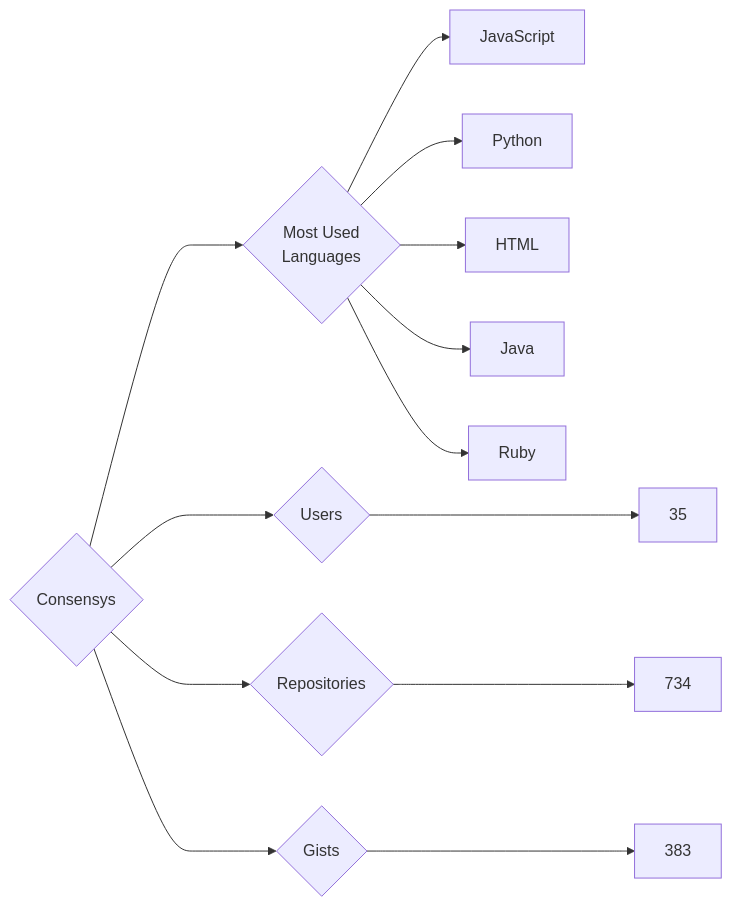
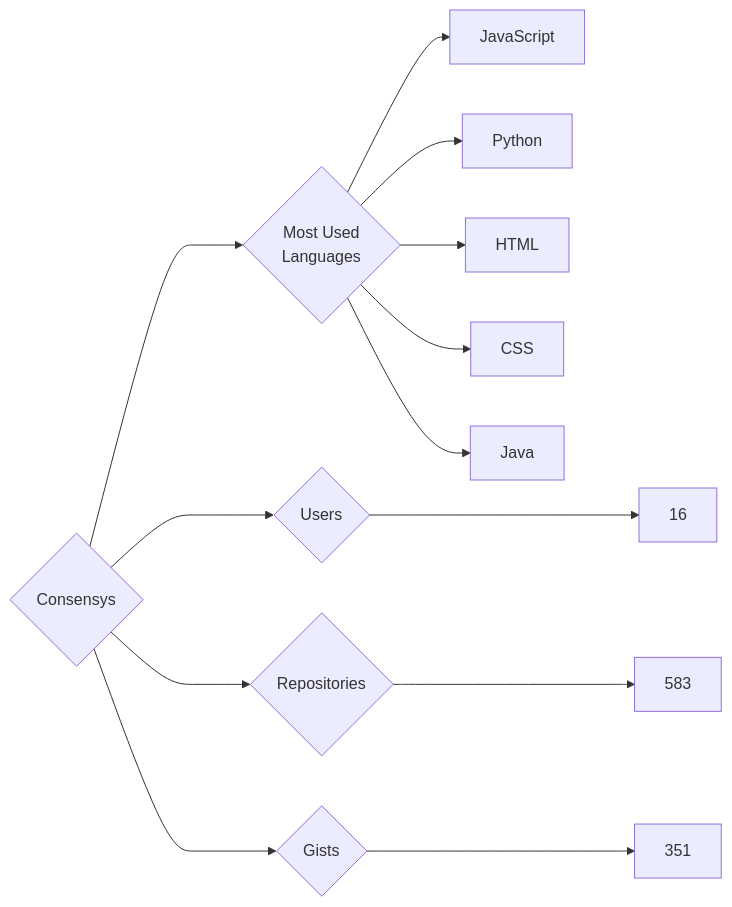
The diagram in targets/Consensys/README.md (trickest/insiders), drawn with Mermaid before and after one commit. The commit also changed 699 other files, not shown here.

````diff
--- a/targets/Consensys/README.md
+++ b/targets/Consensys/README.md
@@ -3,13 +3,13 @@
 ```mermaid
 graph LR
 COMPANY_NAME{Consensys}
-COMPANY_NAME ---> U{Users} ---> UN[35]
-COMPANY_NAME ---> R{Repositories} ---> RN[734]
-COMPANY_NAME ---> G{Gists} ---> GN[383]
+COMPANY_NAME ---> U{Users} ---> UN[16]
+COMPANY_NAME ---> R{Repositories} ---> RN[583]
+COMPANY_NAME ---> G{Gists} ---> GN[351]
 COMPANY_NAME ---> ML{Most Used<br>Languages}
 ML --> JavaScript[JavaScript]
 ML --> Python[Python]
 ML --> HTML[HTML]
+ML --> CSS[CSS]
 ML --> Java[Java]
-ML --> Ruby[Ruby]
 ```
````
